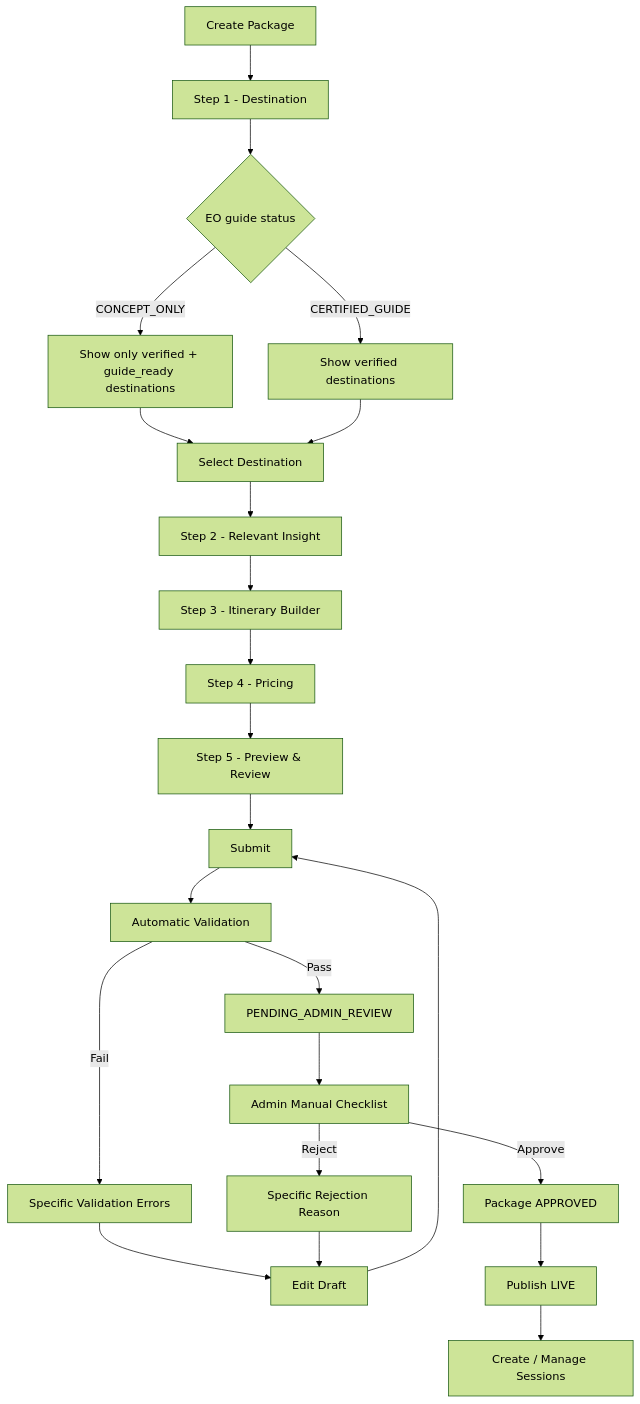
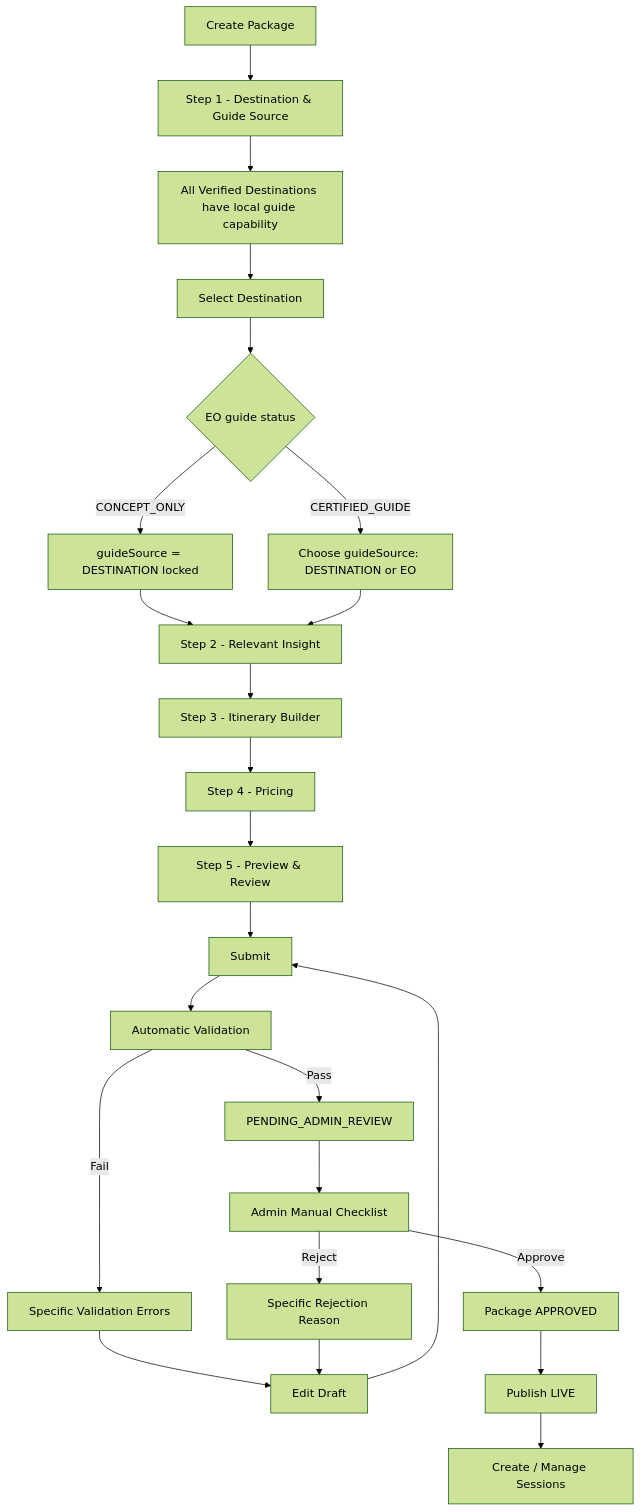
One commit to Vluuuu/JedaIn changed diagram 13 of 26 in docs/SYSTEM_FLOW.md. Above: the diagram before and after it, drawn with Mermaid (forest theme). The commit also changed other lines of this file and 13 other files, not shown here.

Commit message:
feat(eo): rebuild destination discovery, guide source selection, and builder step 1

````diff
--- a/docs/SYSTEM_FLOW.md
+++ b/docs/SYSTEM_FLOW.md
@@ -405,32 +405,32 @@
 ```mermaid
 flowchart TD
-    A[Create Package] --> B[Step 1 - Destination]
-    B --> C{EO guide status}
+    A[Create Package] --> B[Step 1 - Destination & Guide Source]
+    B --> C[All Verified Destinations have local guide capability]
+    C --> D[Select Destination]
+    D --> E{EO guide status}
 
-    C -- CONCEPT_ONLY --> D[Show only verified + guide_ready destinations]
-    C -- CERTIFIED_GUIDE --> E[Show verified destinations]
+    E -- CONCEPT_ONLY --> F[guideSource = DESTINATION locked]
+    E -- CERTIFIED_GUIDE --> G[Choose guideSource: DESTINATION or EO]
 
-    D --> F[Select Destination]
-    E --> F
+    F --> H[Step 2 - Relevant Insight]
+    G --> H
+    H --> I[Step 3 - Itinerary Builder]
+    I --> J[Step 4 - Pricing]
+    J --> K[Step 5 - Preview & Review]
+    K --> L[Submit]
 
-    F --> G[Step 2 - Relevant Insight]
-    G --> H[Step 3 - Itinerary Builder]
-    H --> I[Step 4 - Pricing]
-    I --> J[Step 5 - Preview & Review]
-    J --> K[Submit]
+    L --> M[Automatic Validation]
+    M -- Fail --> N[Specific Validation Errors]
+    N --> O[Edit Draft]
+    O --> L
 
-    K --> L[Automatic Validation]
-    L -- Fail --> M[Specific Validation Errors]
-    M --> N[Edit Draft]
-    N --> K
+    M -- Pass --> P[PENDING_ADMIN_REVIEW]
+    P --> Q[Admin Manual Checklist]
 
-    L -- Pass --> O[PENDING_ADMIN_REVIEW]
-    O --> P[Admin Manual Checklist]
+    Q -- Reject --> R[Specific Rejection Reason]
+    R --> O
 
-    P -- Reject --> Q[Specific Rejection Reason]
-    Q --> N
-
-    P -- Approve --> R[Package APPROVED]
-    R --> S[Publish LIVE]
-    S --> T[Create / Manage Sessions]
+    Q -- Approve --> S[Package APPROVED]
+    S --> T[Publish LIVE]
+    T --> U[Create / Manage Sessions]
 ```
````
